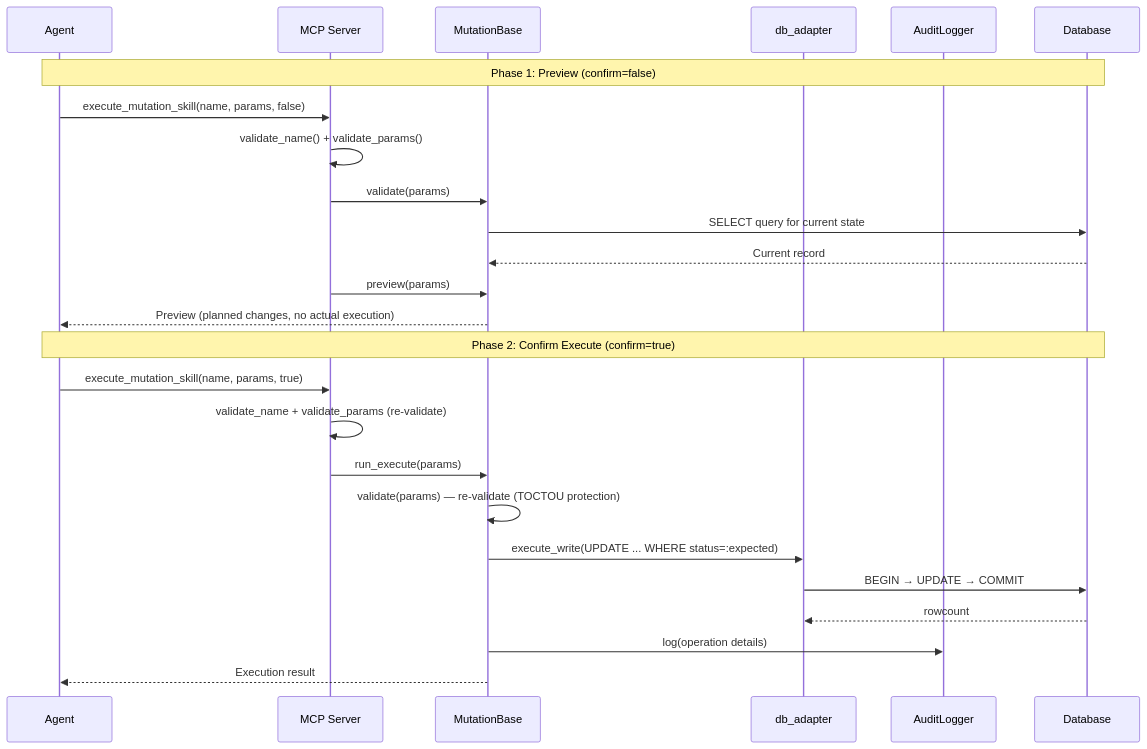
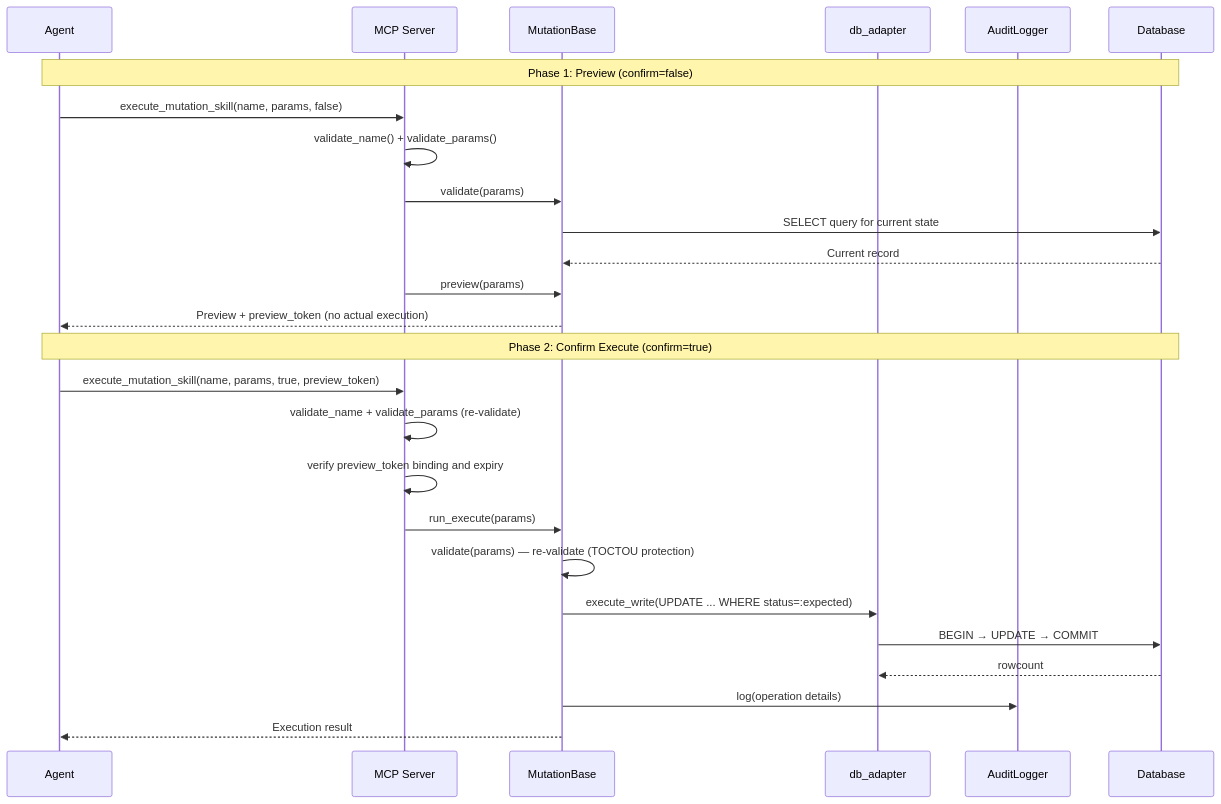
The third of 3 diagrams in README.md (Firstmeridian/llm-sql-safety-executor-mcp), drawn with Mermaid before and after one commit. The commit also changed other lines of this file and 38 other files, not shown here.

First line of the commit message:
feat(v3.5/v3.6): named database connections and mutation preview tokens

````diff
--- a/README.md
+++ b/README.md
@@ -1386,29 +1579,30 @@
 ```mermaid
 sequenceDiagram
     participant Agent
     participant MCP as MCP Server
     participant Mutation as MutationBase
     participant Adapter as db_adapter
     participant Audit as AuditLogger
     participant DB as Database
 
     Note over Agent,DB: Phase 1: Preview (confirm=false)
     Agent->>MCP: execute_mutation_skill(name, params, false)
     MCP->>MCP: validate_name() + validate_params()
     MCP->>Mutation: validate(params)
     Mutation->>DB: SELECT query for current state
     DB-->>Mutation: Current record
     MCP->>Mutation: preview(params)
-    Mutation-->>Agent: Preview (planned changes, no actual execution)
+    Mutation-->>Agent: Preview + preview_token (no actual execution)
 
     Note over Agent,DB: Phase 2: Confirm Execute (confirm=true)
-    Agent->>MCP: execute_mutation_skill(name, params, true)
+    Agent->>MCP: execute_mutation_skill(name, params, true, preview_token)
     MCP->>MCP: validate_name + validate_params (re-validate)
+    MCP->>MCP: verify preview_token binding and expiry
     MCP->>Mutation: run_execute(params)
     Mutation->>Mutation: validate(params) — re-validate (TOCTOU protection)
     Mutation->>Adapter: execute_write(UPDATE ... WHERE status=:expected)
     Adapter->>DB: BEGIN → UPDATE → COMMIT
     DB-->>Adapter: rowcount
     Mutation->>Audit: log(operation details)
     Mutation-->>Agent: Execution result
 ```
````
